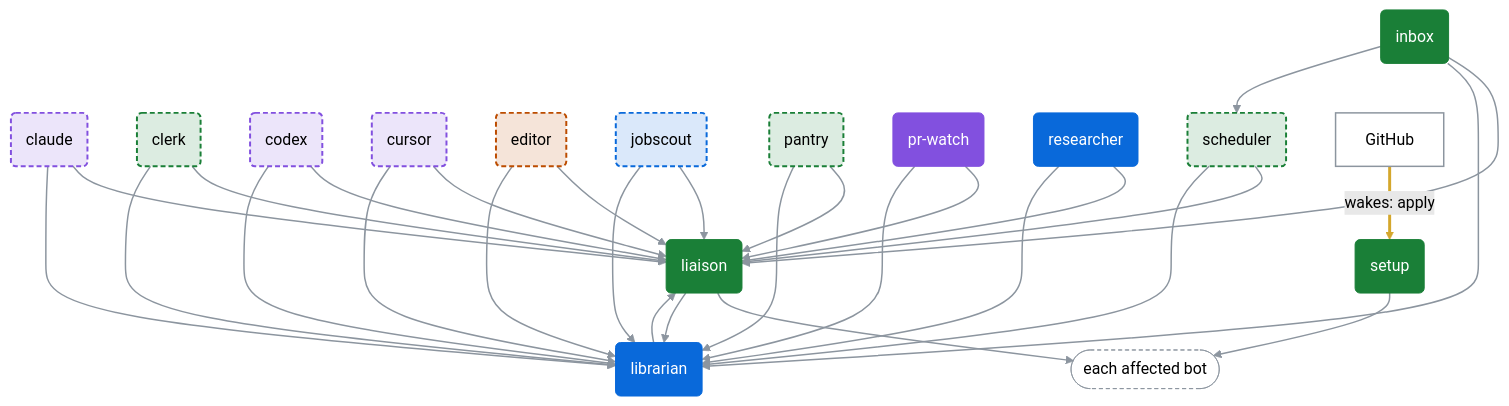
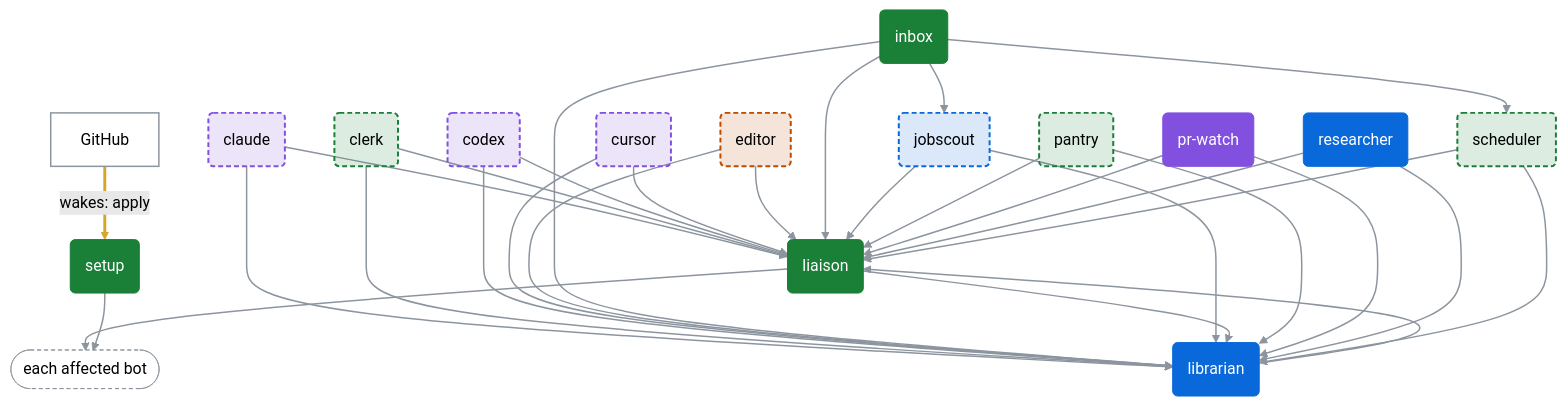
Before and after one commit to dfakkeldy/fakkelbot: the first of 2 diagrams in docs/bot-chart.md, drawn with Mermaid (forest theme). The commit also changed other lines of this file and 6 other files, not shown here.

````diff
--- a/docs/bot-chart.md
+++ b/docs/bot-chart.md
@@ -13,68 +13,69 @@
 ```mermaid
 %%{init: {"flowchart": {"curve": "basis"}}}%%
 flowchart TB
     bot_claude("claude")
     bot_clerk("clerk")
     bot_codex("codex")
     bot_cursor("cursor")
     bot_editor("editor")
     bot_inbox("inbox")
     bot_jobscout("jobscout")
     bot_liaison("liaison")
     bot_librarian("librarian")
     bot_pantry("pantry")
     bot_pr_watch("pr-watch")
     bot_researcher("researcher")
     bot_scheduler("scheduler")
     bot_setup("setup")
     fan_each_affected_bot(["each affected bot"])
     sys_github["GitHub"]
     bot_claude --> bot_liaison
     bot_claude --> bot_librarian
     bot_clerk --> bot_liaison
     bot_clerk --> bot_librarian
     bot_codex --> bot_liaison
     bot_codex --> bot_librarian
     bot_cursor --> bot_liaison
     bot_cursor --> bot_librarian
     bot_editor --> bot_liaison
     bot_editor --> bot_librarian
+    bot_inbox --> bot_jobscout
     bot_inbox --> bot_liaison
     bot_inbox --> bot_librarian
     bot_inbox --> bot_scheduler
     bot_jobscout --> bot_liaison
     bot_jobscout --> bot_librarian
     bot_liaison --> fan_each_affected_bot
     bot_liaison --> bot_librarian
     bot_librarian --> bot_liaison
     bot_pantry --> bot_liaison
     bot_pantry --> bot_librarian
     bot_pr_watch --> bot_liaison
     bot_pr_watch --> bot_librarian
     bot_researcher --> bot_liaison
     bot_researcher --> bot_librarian
     bot_scheduler --> bot_liaison
     bot_scheduler --> bot_librarian
     bot_setup --> fan_each_affected_bot
     sys_github ==>|"wakes: apply"| bot_setup
     classDef builders_optional fill:#8250df26,stroke:#8250df,stroke-width:2px,stroke-dasharray:5 3
     class bot_claude,bot_codex,bot_cursor builders_optional
     classDef daily_life_optional fill:#1a7f3726,stroke:#1a7f37,stroke-width:2px,stroke-dasharray:5 3
     class bot_clerk,bot_pantry,bot_scheduler daily_life_optional
     classDef content_optional fill:#bc4c0026,stroke:#bc4c00,stroke-width:2px,stroke-dasharray:5 3
     class bot_editor content_optional
     classDef daily_life fill:#1a7f37,stroke:#1a7f37,color:#ffffff
     class bot_inbox,bot_liaison,bot_setup daily_life
     classDef work_optional fill:#0969da26,stroke:#0969da,stroke-width:2px,stroke-dasharray:5 3
     class bot_jobscout work_optional
     classDef work fill:#0969da,stroke:#0969da,color:#ffffff
     class bot_librarian,bot_researcher work
     classDef builders fill:#8250df,stroke:#8250df,color:#ffffff
     class bot_pr_watch builders
     classDef system fill:transparent,stroke:#8c959f,stroke-width:1.5px
     class sys_github system
     classDef fan_out fill:transparent,stroke:#8c959f,stroke-dasharray:4 3
     class fan_each_affected_bot fan_out
-    linkStyle 0,1,2,3,4,5,6,7,8,9,10,11,12,13,14,15,16,17,18,19,20,21,22,23,24,25,26 stroke:#8c959f,stroke-width:1.5px
-    linkStyle 27 stroke:#d4a72c,stroke-width:3px
+    linkStyle 0,1,2,3,4,5,6,7,8,9,10,11,12,13,14,15,16,17,18,19,20,21,22,23,24,25,26,27 stroke:#8c959f,stroke-width:1.5px
+    linkStyle 28 stroke:#d4a72c,stroke-width:3px
 ```
````
